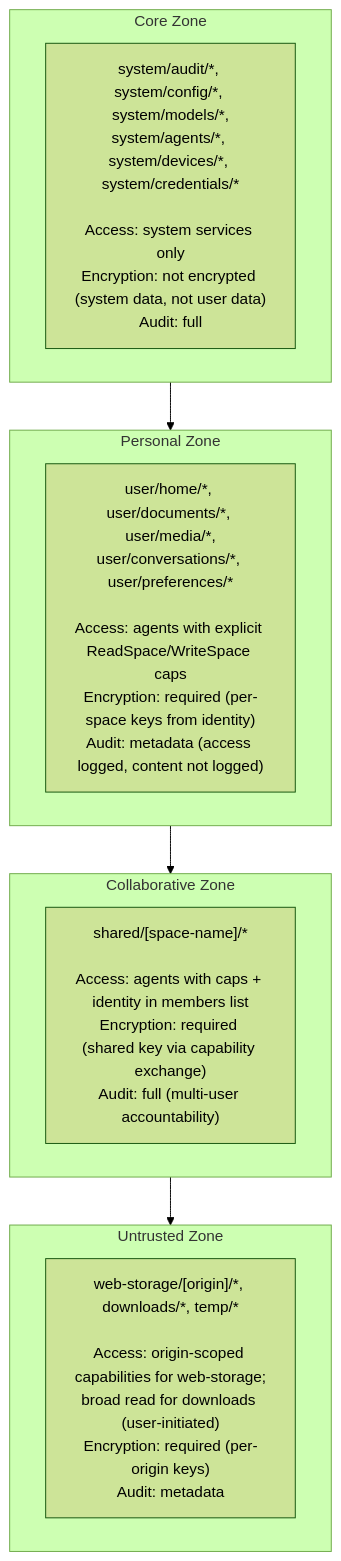
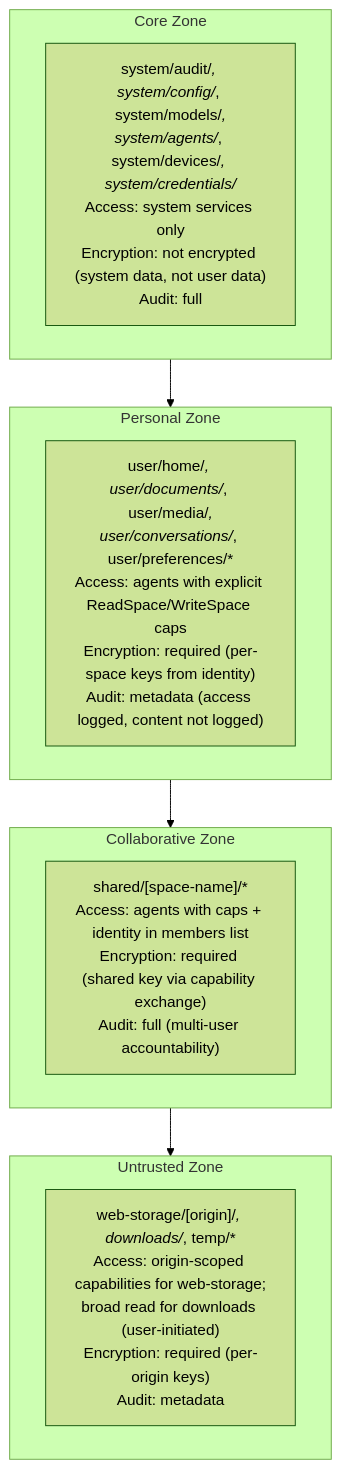
One commit to juslee/aios changed the fourth of 15 diagrams in docs/security/security.md. Above: the diagram before and after it, drawn with Mermaid (forest theme). The commit also changed other lines of this file and 24 other files, not shown here.

First line of the commit message:
Upgrade all 132 Mermaid diagrams to v11 syntax across 25 docs

````diff
--- a/docs/security/security.md
+++ b/docs/security/security.md
@@ -730,17 +763,36 @@
 ```mermaid
-graph TD
+flowchart TD
     subgraph Core["Core Zone"]
-        Core_desc["system/audit/*, system/config/*, system/models/*,<br/>system/agents/*, system/devices/*, system/credentials/*<br/><br/>Access: system services only<br/>Encryption: not encrypted (system data, not user data)<br/>Audit: full"]
+        Core_desc["`system/audit/*, system/config/*, system/models/*,
+system/agents/*, system/devices/*, system/credentials/*
+
+Access: system services only
+Encryption: not encrypted (system data, not user data)
+Audit: full`"]
     end
     subgraph Personal["Personal Zone"]
-        Personal_desc["user/home/*, user/documents/*, user/media/*,<br/>user/conversations/*, user/preferences/*<br/><br/>Access: agents with explicit ReadSpace/WriteSpace caps<br/>Encryption: required (per-space keys from identity)<br/>Audit: metadata (access logged, content not logged)"]
+        Personal_desc["`user/home/*, user/documents/*, user/media/*,
+user/conversations/*, user/preferences/*
+
+Access: agents with explicit ReadSpace/WriteSpace caps
+Encryption: required (per-space keys from identity)
+Audit: metadata (access logged, content not logged)`"]
     end
     subgraph Collaborative["Collaborative Zone"]
-        Collab_desc["shared/[space-name]/*<br/><br/>Access: agents with caps + identity in members list<br/>Encryption: required (shared key via capability exchange)<br/>Audit: full (multi-user accountability)"]
+        Collab_desc["`shared/[space-name]/*
+
+Access: agents with caps + identity in members list
+Encryption: required (shared key via capability exchange)
+Audit: full (multi-user accountability)`"]
     end
     subgraph Untrusted["Untrusted Zone"]
-        Untrusted_desc["web-storage/[origin]/*, downloads/*, temp/*<br/><br/>Access: origin-scoped capabilities for web-storage;<br/>broad read for downloads (user-initiated)<br/>Encryption: required (per-origin keys)<br/>Audit: metadata"]
+        Untrusted_desc["`web-storage/[origin]/*, downloads/*, temp/*
+
+Access: origin-scoped capabilities for web-storage;
+broad read for downloads (user-initiated)
+Encryption: required (per-origin keys)
+Audit: metadata`"]
     end
 
     Core --> Personal --> Collaborative --> Untrusted
 ```
````
